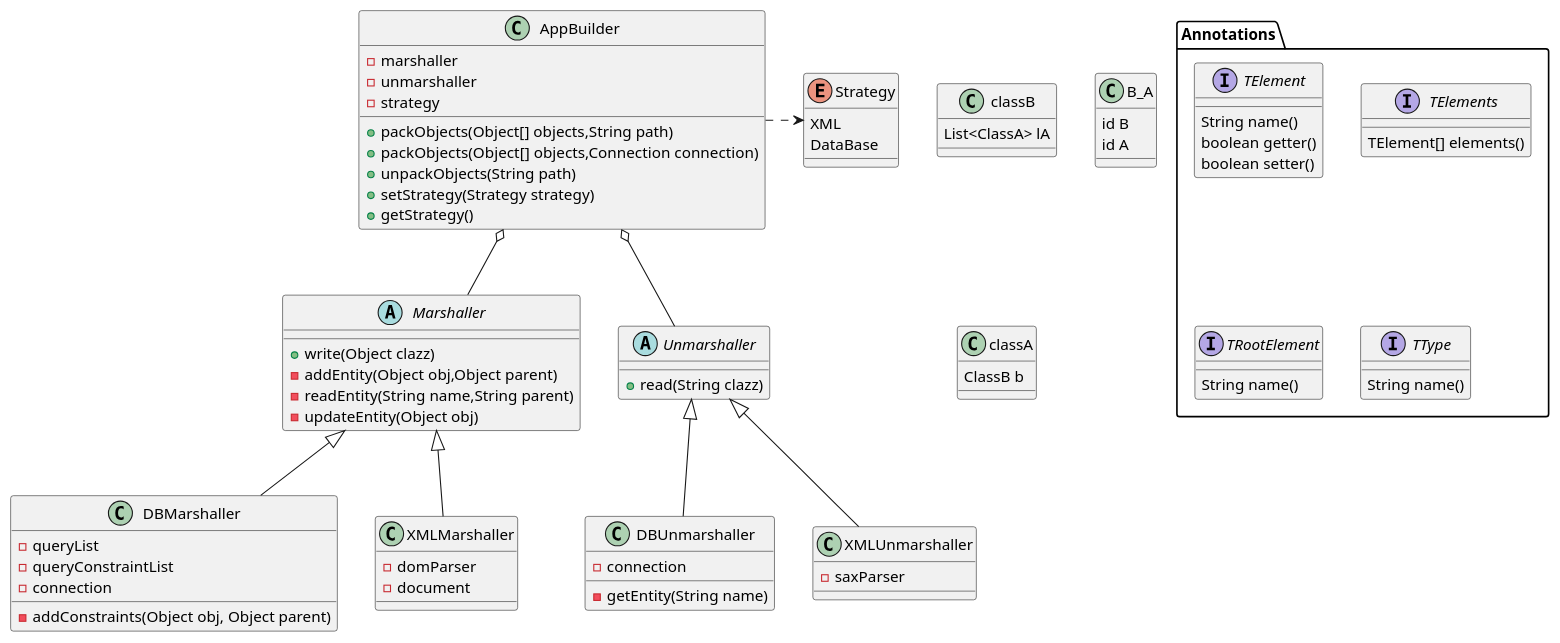
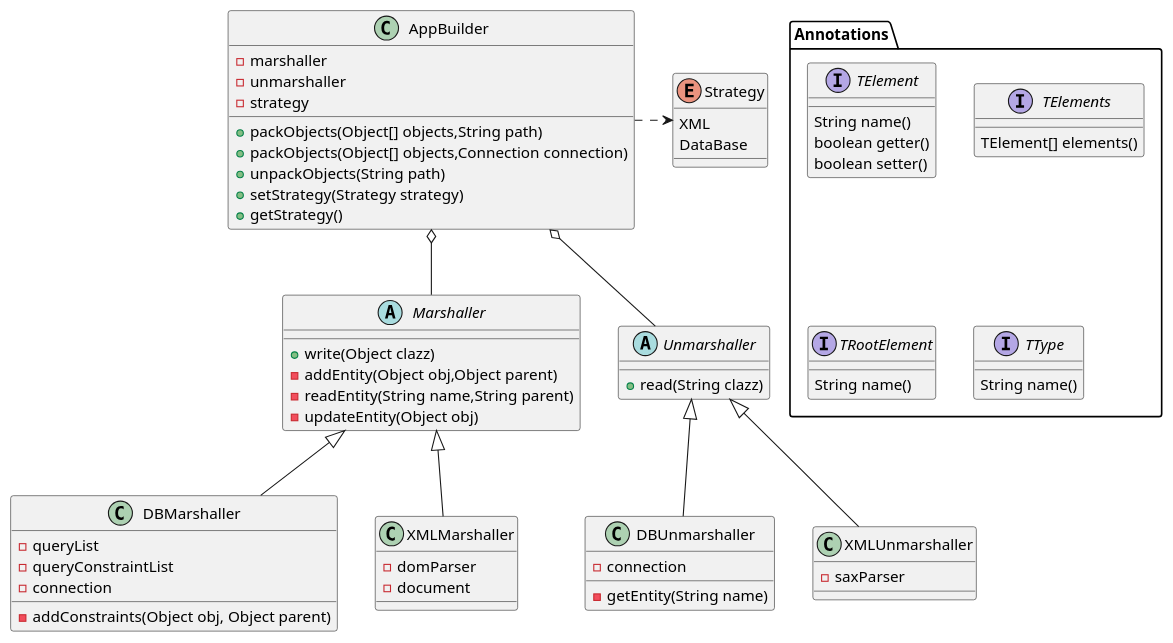
Before and after one commit to qeqs/classBuilder: the diagram in src/diagrams/classDiagram.puml, drawn with PlantUML.

Commit message:
class diagram

```diff
--- a/src/diagrams/classDiagram.puml
+++ b/src/diagrams/classDiagram.puml
@@ -1,81 +1,66 @@
 @startuml
-
 enum Strategy{
 XML
 DataBase
 }
 class AppBuilder{
 -marshaller
 -unmarshaller
 -strategy
 +packObjects(Object[] objects,String path)
 +packObjects(Object[] objects,Connection connection)
 +unpackObjects(String path)
 +setStrategy(Strategy strategy)
 +getStrategy()
 }
 abstract class Marshaller{
 +write(Object clazz)
 -addEntity(Object obj,Object parent)
 -readEntity(String name,String parent)
 -updateEntity(Object obj)
 }
 abstract class Unmarshaller{
 +read(String clazz)
 }
 class DBMarshaller{
 -queryList
 -queryConstraintList
 -connection
 -addConstraints(Object obj, Object parent)
 }
 class DBUnmarshaller{
 -connection
 -getEntity(String name)
 }
 class XMLMarshaller{
 -domParser
 -document
 }
 class XMLUnmarshaller{
 -saxParser
 }
 package Annotations{
 interface TElement{
 String name()
 boolean getter()
 boolean setter()
 }
 interface TElements{
 TElement[] elements()
 }
 interface TRootElement{
 String name()
 }
 interface TType{
 String name()
 }
 }
 AppBuilder o-down-Marshaller
 AppBuilder o-down-Unmarshaller
 Unmarshaller <|-- DBUnmarshaller
 Unmarshaller <|-- XMLUnmarshaller
 Marshaller <|-- DBMarshaller
 Marshaller <|-- XMLMarshaller
 AppBuilder .> Strategy
 
-
-
-class classB{
-List<ClassA> lA
-}
-class B_A{
-id B
-id A
-}
-class classA{
-ClassB b
-
-}
-
 @enduml
```
